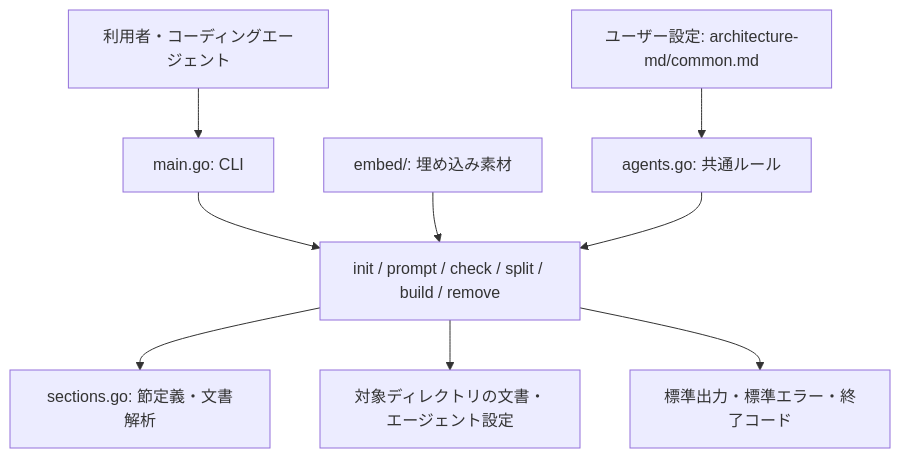
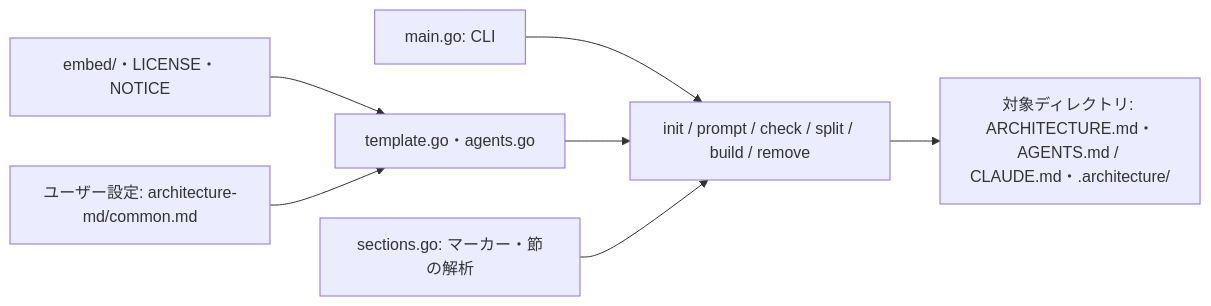
Before and after one commit to wasuken/archmd: the diagram in ARCHITECTURE.md, drawn with Mermaid. The commit also changed other lines of this file and 1 other file, not shown here.

````diff
--- a/ARCHITECTURE.md
+++ b/ARCHITECTURE.md
@@ -24,11 +23,9 @@
 ```mermaid
-flowchart TD
-    User[利用者・コーディングエージェント] --> CLI[main.go: CLI]
-    CLI --> Commands[init / prompt / check / split / build / remove]
-    Embedded[embed/: 埋め込み素材] --> Commands
-    Common[ユーザー設定: architecture-md/common.md] --> Rules[agents.go: 共通ルール]
-    Rules --> Commands
-    Commands --> Parser[sections.go: 節定義・文書解析]
-    Commands --> Files[対象ディレクトリの文書・エージェント設定]
-    Commands --> Output[標準出力・標準エラー・終了コード]
+flowchart LR
+  CLI["main.go: CLI"] --> Commands["init / prompt / check / split / build / remove"]
+  Templates["embed/・LICENSE・NOTICE"] --> Helpers["template.go・agents.go"]
+  Rules["ユーザー設定: architecture-md/common.md"] --> Helpers
+  Helpers --> Commands
+  Parser["sections.go: マーカー・節の解析"] --> Commands
+  Commands --> Files["対象ディレクトリ: ARCHITECTURE.md・AGENTS.md / CLAUDE.md・.architecture/"]
 ```
````
